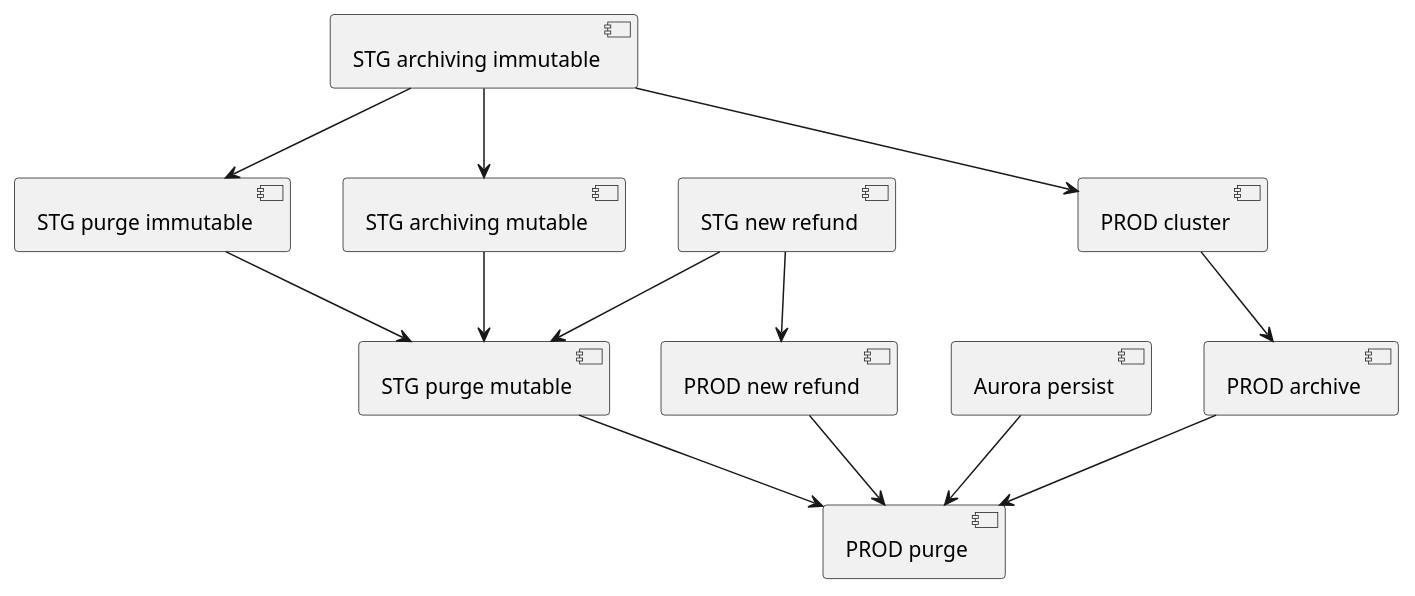
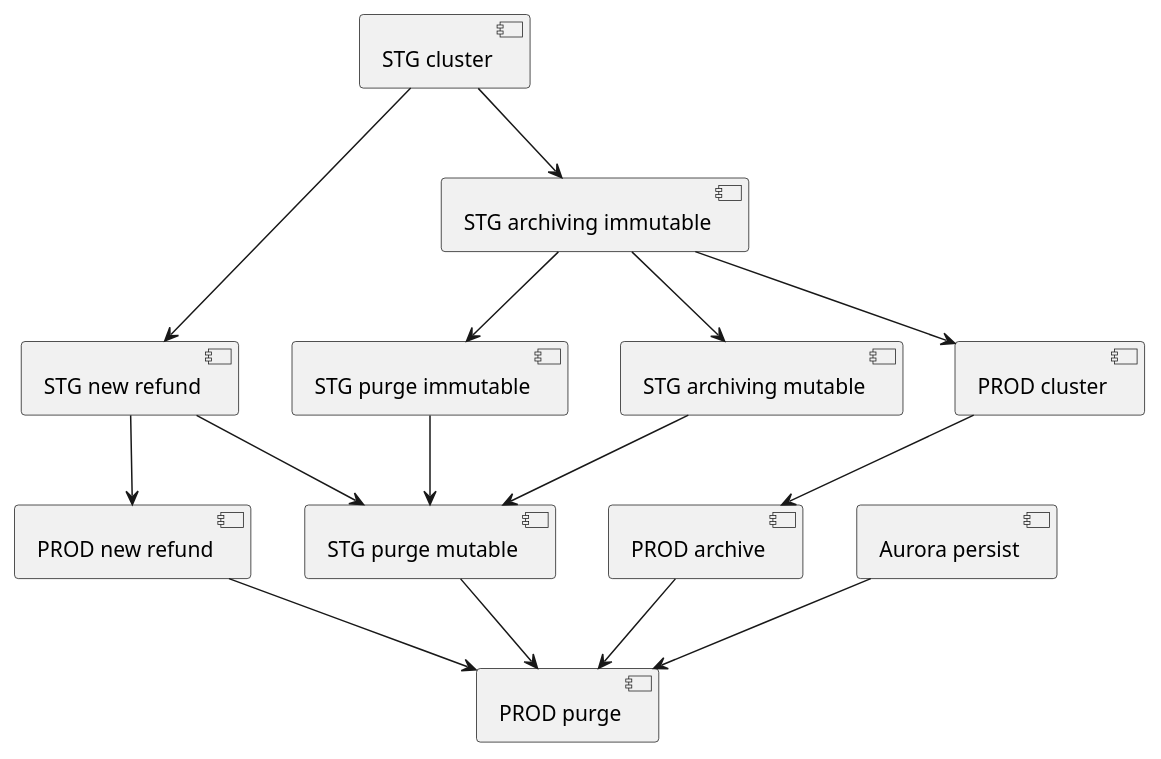
One commit to george24601/notes changed the fourth of 5 diagrams in mgmt/plan.plantuml. Above: the diagram before and after it, drawn with PlantUML. The commit also changed other lines of this file and 13 other files, not shown here.

```diff
--- a/mgmt/plan.plantuml
+++ b/mgmt/plan.plantuml
@@ -28,14 +49,16 @@
 @startuml
+[STG cluster] --> [STG new refund]
+[STG cluster] --> [STG archiving immutable]
 [STG new refund] --> [STG purge mutable]
 [STG archiving immutable] --> [STG purge immutable]
 [STG archiving immutable] --> [STG archiving mutable] 
 [STG archiving immutable] --> [PROD cluster]
 [Aurora persist] --> [PROD purge]
 [PROD cluster] --> [PROD archive]
 [PROD archive] --> [PROD purge]
 [STG new refund] --> [PROD new refund]
 [PROD new refund] --> [PROD purge]
 [STG archiving mutable] --> [STG purge mutable]
 [STG purge immutable] --> [STG purge mutable]
 [STG purge mutable] --> [PROD purge]
 @enduml
```
